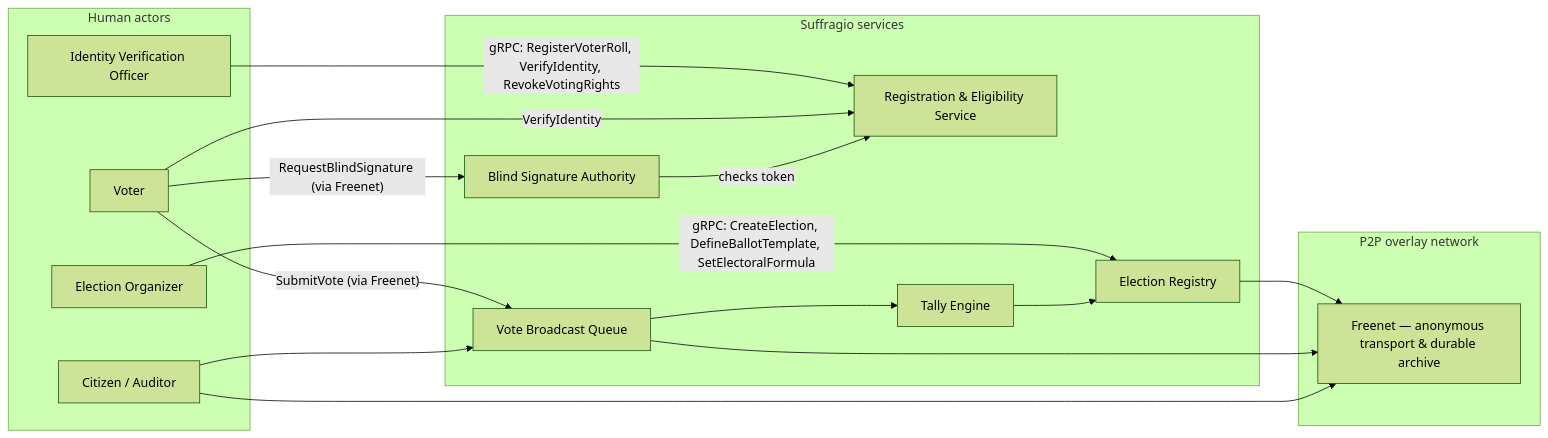
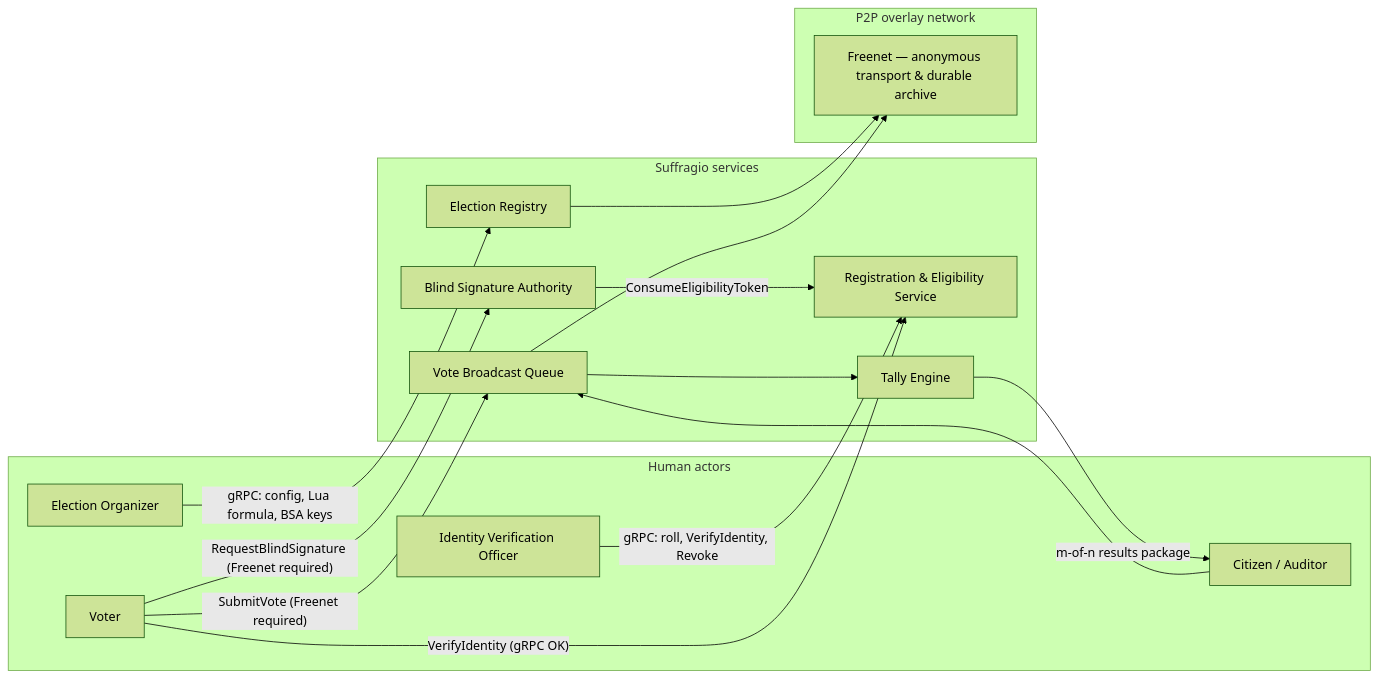
The first of 3 diagrams in src/content/docs/architecture.md (Suffragio/suffragio-spec), drawn with Mermaid (forest theme) before and after one commit. The commit also changed other lines of this file and 21 other files, not shown here.

````diff
--- a/src/content/docs/architecture.md
+++ b/src/content/docs/architecture.md
@@ -25,34 +28,33 @@
 ```mermaid
 flowchart LR
     subgraph Humans["Human actors"]
         Voter["Voter"]
         Organizer["Election Organizer"]
         Registrar["Identity Verification Officer"]
         Auditor["Citizen / Auditor"]
     end
 
     subgraph System["Suffragio services"]
         Registry["Election Registry"]
         RegSvc["Registration &amp; Eligibility Service"]
         BSA["Blind Signature Authority"]
         Queue["Vote Broadcast Queue"]
         Tally["Tally Engine"]
     end
 
     subgraph Overlay["P2P overlay network"]
         Freenet["Freenet — anonymous transport &amp; durable archive"]
     end
 
-    Organizer -- "gRPC: CreateElection, DefineBallotTemplate, SetElectoralFormula" --> Registry
-    Registrar -- "gRPC: RegisterVoterRoll, VerifyIdentity, RevokeVotingRights" --> RegSvc
-    Voter -- "VerifyIdentity" --> RegSvc
-    Voter -- "RequestBlindSignature (via Freenet)" --> BSA
-    BSA -- "checks token" --> RegSvc
-    Voter -- "SubmitVote (via Freenet)" --> Queue
+    Organizer -- "gRPC: config, Lua formula, BSA keys" --> Registry
+    Registrar -- "gRPC: roll, VerifyIdentity, Revoke" --> RegSvc
+    Voter -- "VerifyIdentity (gRPC OK)" --> RegSvc
+    Voter -- "RequestBlindSignature (Freenet required)" --> BSA
+    BSA -- "ConsumeEligibilityToken" --> RegSvc
+    Voter -- "SubmitVote (Freenet required)" --> Queue
     Queue --> Tally
-    Tally --> Registry
+    Tally -- "m-of-n results package" --> Auditor
     Registry --> Freenet
     Queue --> Freenet
-    Auditor --> Freenet
     Auditor --> Queue
 ```
````
